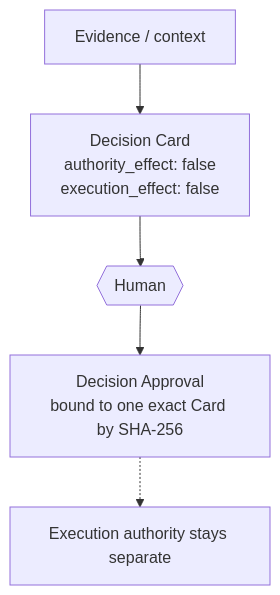
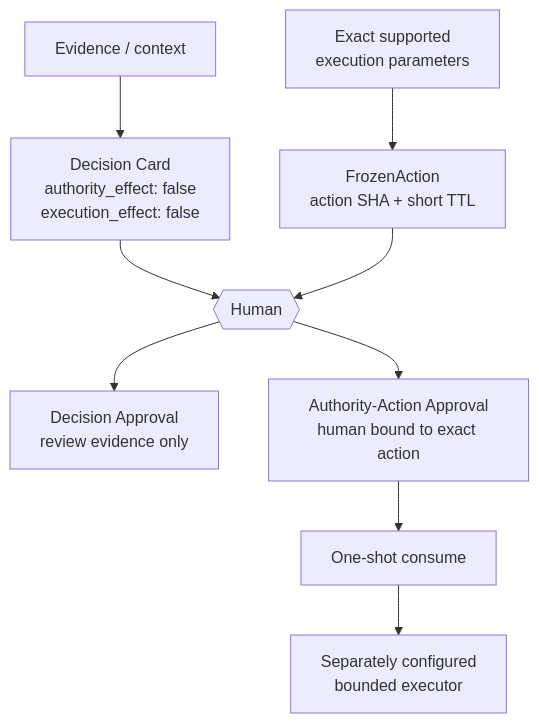
The third of 3 diagrams in README.md (UMEBOSHIISAN/mothership), drawn with Mermaid before and after one commit. The commit also changed other lines of this file and 16 other files, not shown here.

Commit message:
docs: converge mothership authority architecture

````diff
--- a/README.md
+++ b/README.md
@@ -190,11 +215,15 @@
 ```mermaid
 flowchart TD
     E[Evidence / context]
     C["Decision Card<br/>authority_effect: false<br/>execution_effect: false"]
     H{{Human}}
-    A["Decision Approval<br/>bound to one exact Card by SHA-256"]
-    X[Execution authority stays separate]
+    D["Decision Approval<br/>review evidence only"]
+    P[Exact supported<br/>execution parameters]
+    F["FrozenAction<br/>action SHA + short TTL"]
+    A["Authority-Action Approval<br/>human bound to exact action"]
+    O[One-shot consume]
+    X[Separately configured<br/>bounded executor]
 
-    E --> C --> H --> A
-    A -.-> X
+    E --> C --> H --> D
+    P --> F --> H --> A --> O --> X
 ```
````
